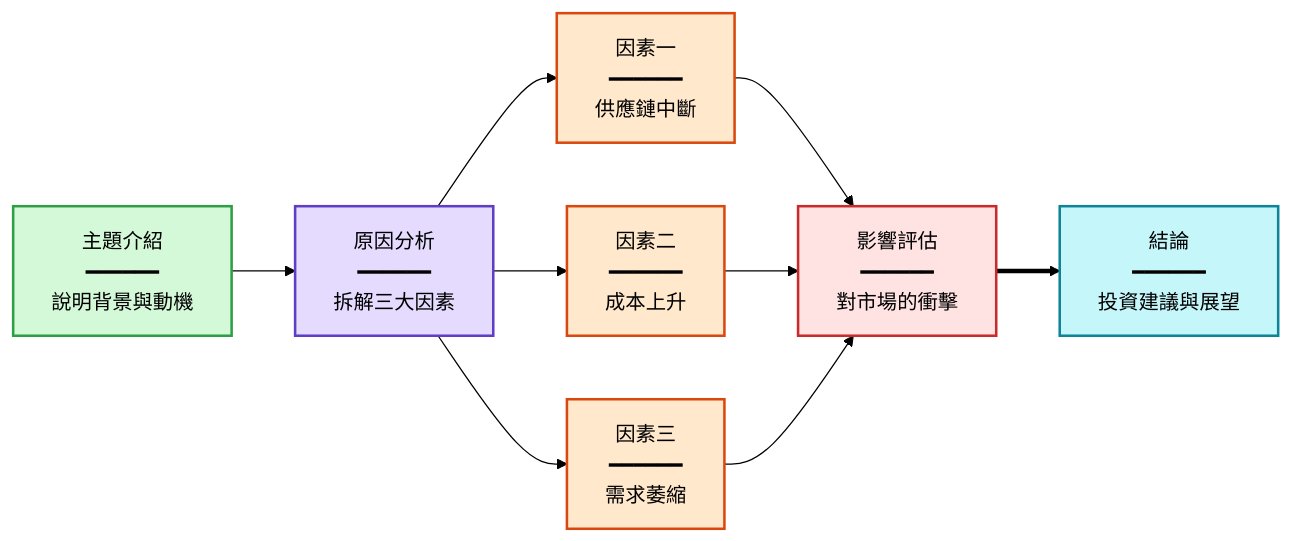
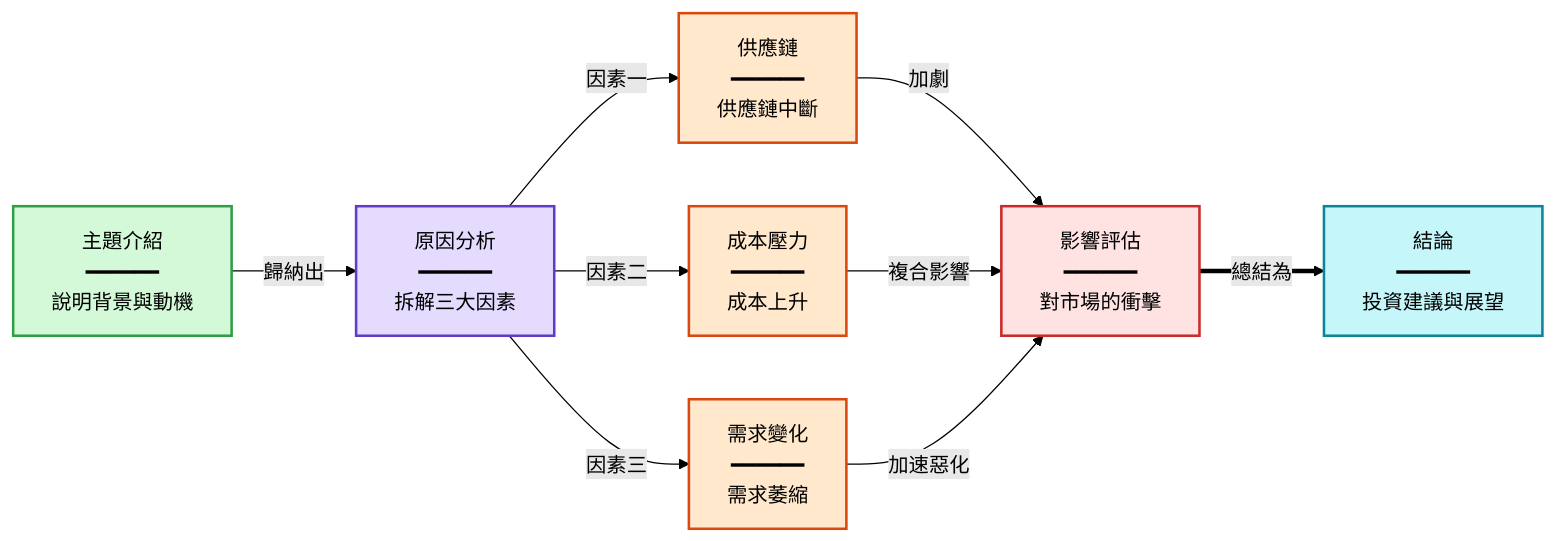
Before and after one commit to kouko/youtube-summarize-scraper: the first of 2 diagrams in prompts/builtin/mermaid-zh-Hant.md, drawn with Mermaid (forest theme). The commit also changed other lines of this file and 25 other files, not shown here.

First line of the commit message:
feat: LLM fallback chain, upload date fix, and mermaid improvements (#31)

````diff
--- a/prompts/builtin/mermaid-zh-Hant.md
+++ b/prompts/builtin/mermaid-zh-Hant.md
@@ -40,18 +40,18 @@
 ```mermaid
 graph LR
-A["主題介紹<br/>━━━━━━<br/>說明背景與動機"] --> B["原因分析<br/>━━━━━━<br/>拆解三大因素"]
-B --> C["因素一<br/>━━━━━━<br/>供應鏈中斷"]
-B --> D["因素二<br/>━━━━━━<br/>成本上升"]
-B --> E["因素三<br/>━━━━━━<br/>需求萎縮"]
-C --> F["影響評估<br/>━━━━━━<br/>對市場的衝擊"]
-D --> F
-E --> F
-F ==> G["結論<br/>━━━━━━<br/>投資建議與展望"]
+A["主題介紹<br/>━━━━━━<br/>說明背景與動機"] -->|歸納出| B["原因分析<br/>━━━━━━<br/>拆解三大因素"]
+B -->|因素一| C["供應鏈<br/>━━━━━━<br/>供應鏈中斷"]
+B -->|因素二| D["成本壓力<br/>━━━━━━<br/>成本上升"]
+B -->|因素三| E["需求變化<br/>━━━━━━<br/>需求萎縮"]
+C -->|加劇| F["影響評估<br/>━━━━━━<br/>對市場的衝擊"]
+D -->|複合影響| F
+E -->|加速惡化| F
+F ==>|總結為| G["結論<br/>━━━━━━<br/>投資建議與展望"]
 style A fill:#d3f9d8,stroke:#2f9e44,stroke-width:2px
 style B fill:#e5dbff,stroke:#5f3dc4,stroke-width:2px
 style C fill:#ffe8cc,stroke:#d9480f,stroke-width:2px
 style D fill:#ffe8cc,stroke:#d9480f,stroke-width:2px
 style E fill:#ffe8cc,stroke:#d9480f,stroke-width:2px
 style F fill:#ffe3e3,stroke:#c92a2a,stroke-width:2px
 style G fill:#c5f6fa,stroke:#0c8599,stroke-width:2px
 ```
````
